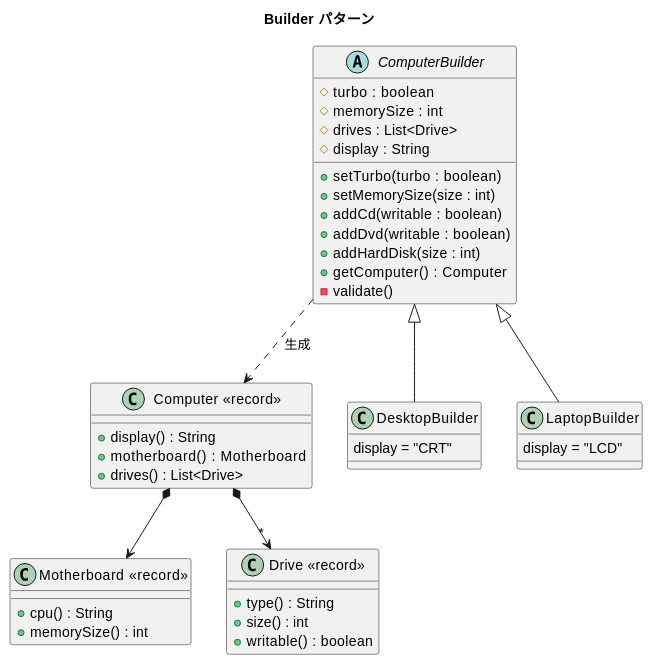
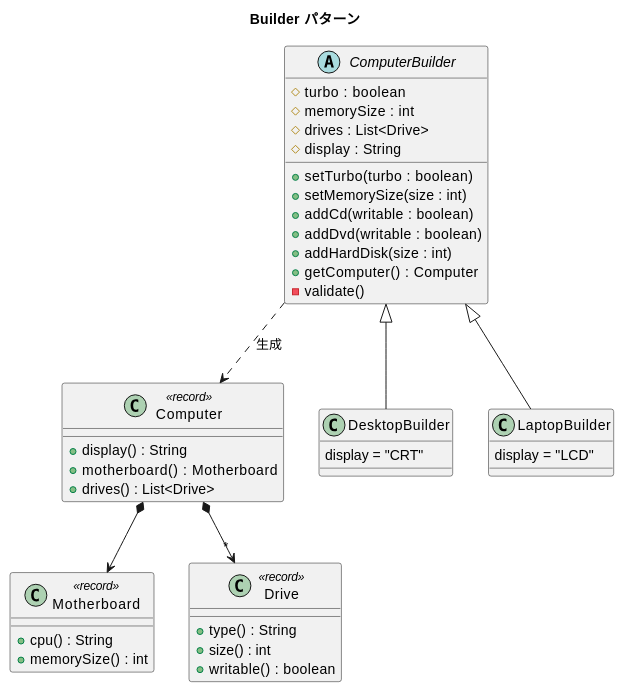
One commit to k2works/getting-started-design-pattern changed the diagram in docs/article/java/15-builder.md. Above: the diagram before and after it, drawn with PlantUML. The commit also changed 73 other files, not shown here.

Commit message:
docs(article): PlantUML 表記と記事ナビゲーションを整理

````diff
--- a/docs/article/java/15-builder.md
+++ b/docs/article/java/15-builder.md
@@ -13,50 +13,50 @@
 ```plantuml
 @startuml
 title Builder パターン
 
-class "Computer <<record>>" as Computer {
+class "Computer" as Computer <<record>> {
   + display() : String
   + motherboard() : Motherboard
   + drives() : List<Drive>
 }
 
-class "Motherboard <<record>>" as Motherboard {
+class "Motherboard" as Motherboard <<record>> {
   + cpu() : String
   + memorySize() : int
 }
 
-class "Drive <<record>>" as Drive {
+class "Drive" as Drive <<record>> {
   + type() : String
   + size() : int
   + writable() : boolean
 }
 
 abstract class ComputerBuilder {
   # turbo : boolean
   # memorySize : int
   # drives : List<Drive>
   # display : String
   + setTurbo(turbo : boolean)
   + setMemorySize(size : int)
   + addCd(writable : boolean)
   + addDvd(writable : boolean)
   + addHardDisk(size : int)
   + getComputer() : Computer
   - validate()
 }
 
 class DesktopBuilder {
   display = "CRT"
 }
 
 class LaptopBuilder {
   display = "LCD"
 }
 
 ComputerBuilder <|-- DesktopBuilder
 ComputerBuilder <|-- LaptopBuilder
 ComputerBuilder ..> Computer : 生成
 Computer *--> Motherboard
 Computer *--> "*" Drive
 @enduml
 ```
````
